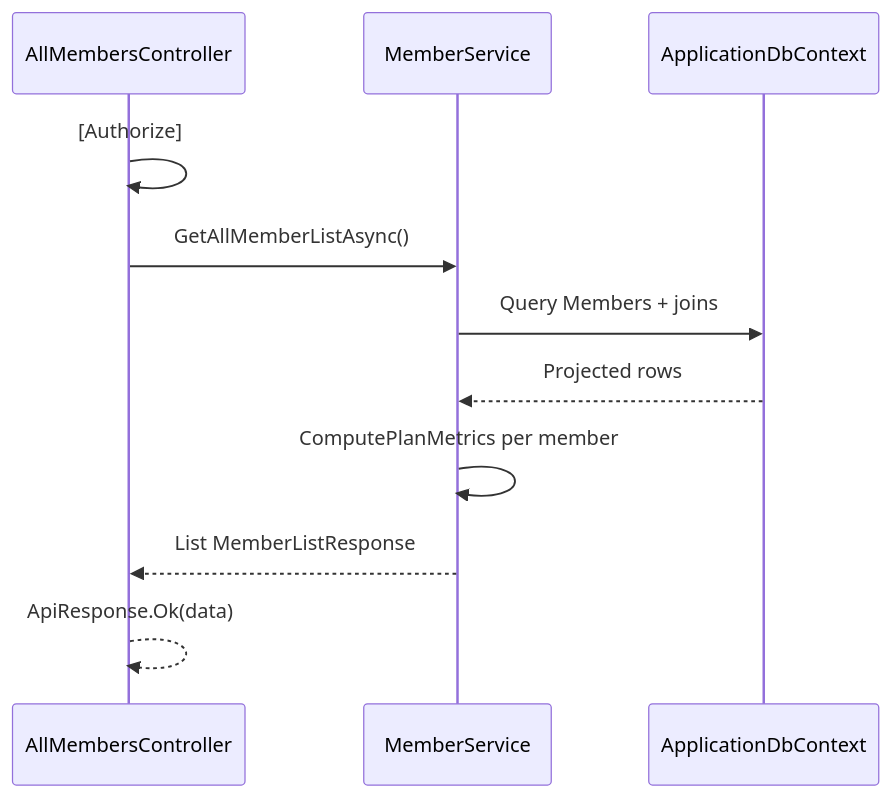
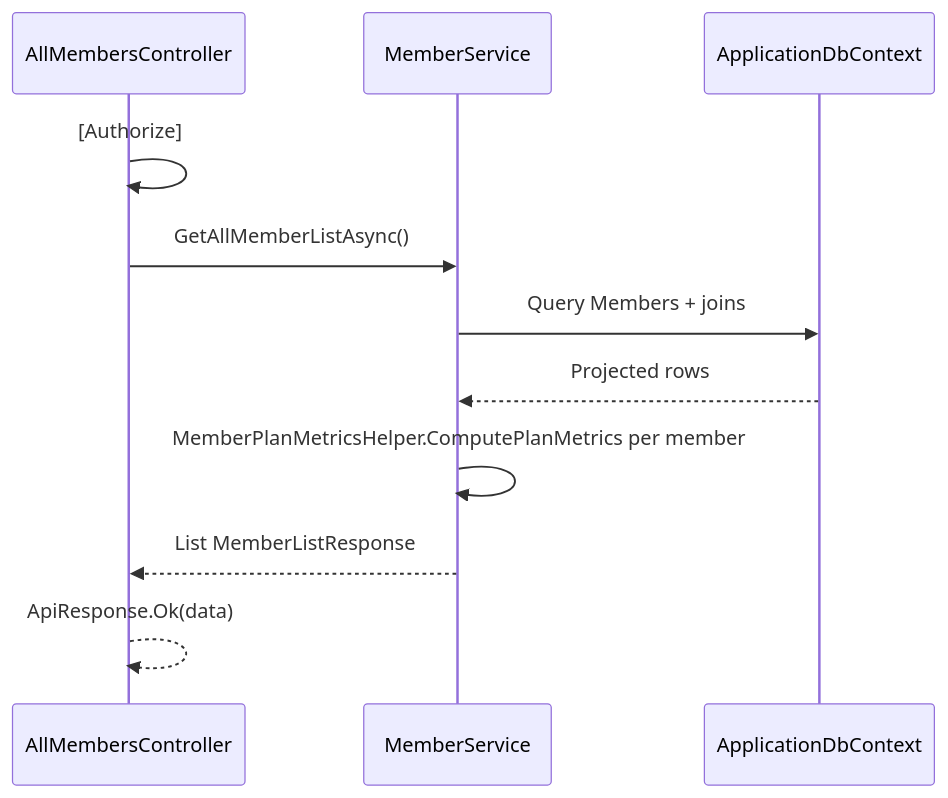
The third of 3 diagrams in docs/workflow/members-list-workflow.md (ermanjeetsingh777/Lexora), drawn with Mermaid before and after one commit. The commit also changed other lines of this file and 8 other files, not shown here.

````diff
--- a/docs/workflow/members-list-workflow.md
+++ b/docs/workflow/members-list-workflow.md
@@ -228,14 +228,14 @@
 ```mermaid
 sequenceDiagram
   participant C as AllMembersController
   participant S as MemberService
   participant DB as ApplicationDbContext
 
   C->>C: [Authorize]
   C->>S: GetAllMemberListAsync()
   S->>DB: Query Members + joins
   DB-->>S: Projected rows
-  S->>S: ComputePlanMetrics per member
+  S->>S: MemberPlanMetricsHelper.ComputePlanMetrics per member
   S-->>C: List MemberListResponse
   C-->>C: ApiResponse.Ok(data)
 ```
````
